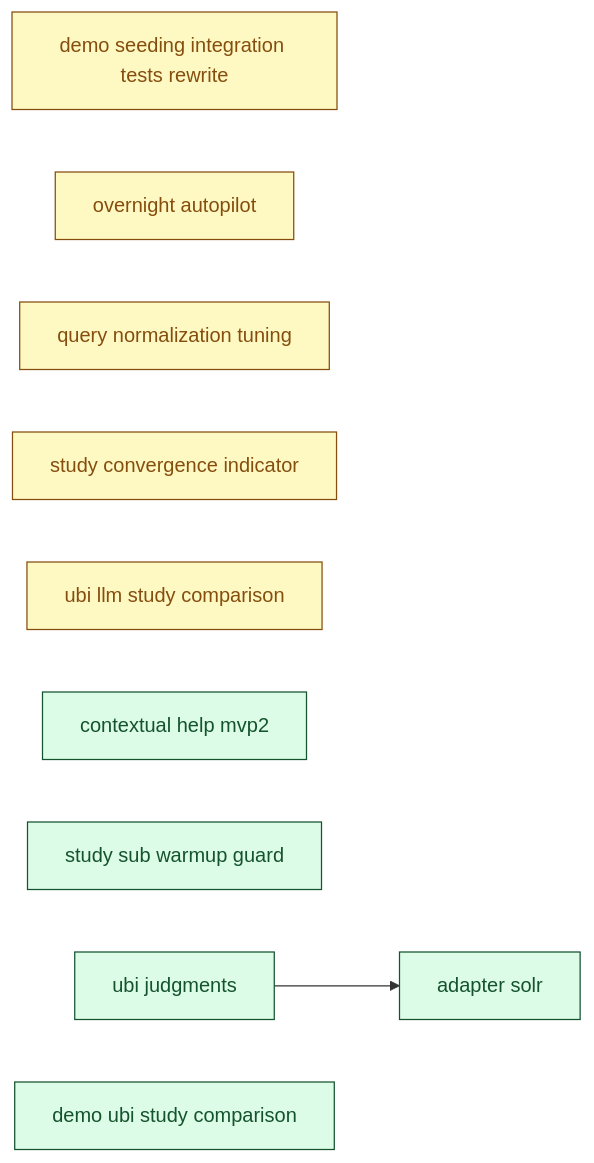
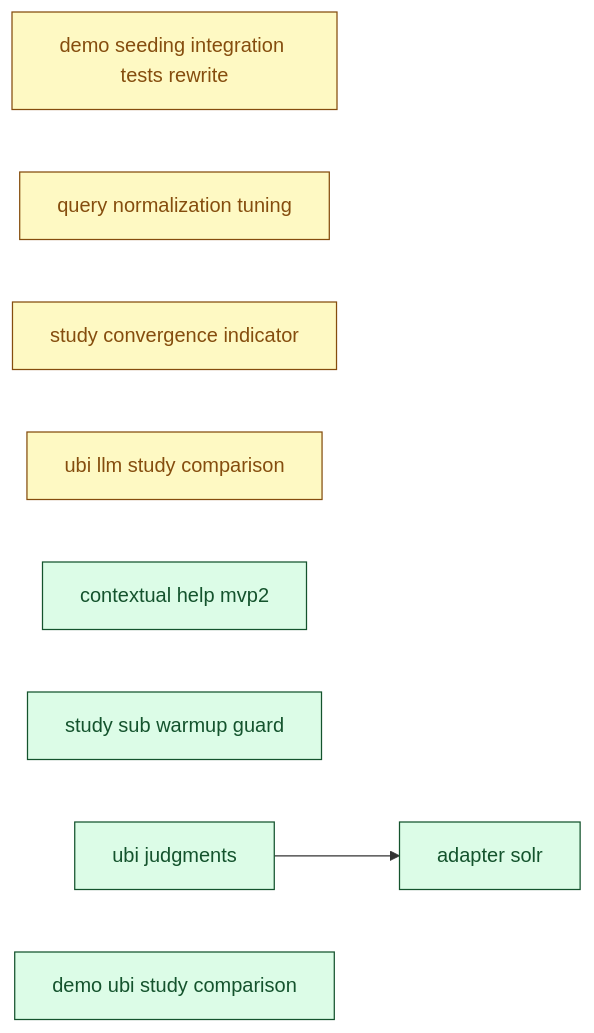
The diagram in docs/00_overview/MVP2_DASHBOARD.md (SoundMindsAI/relyloop), drawn with Mermaid before and after one commit. The commit also changed other lines of this file and 8 other files, not shown here.

First line of the commit message:
docs: finalize feat_overnight_autopilot — move to implemented, update state (#344)

````diff
--- a/docs/00_overview/MVP2_DASHBOARD.md
+++ b/docs/00_overview/MVP2_DASHBOARD.md
@@ -88,29 +87,27 @@
 ```mermaid
 graph LR
   classDef done fill:#dcfce7,stroke:#14532d,color:#14532d;
   classDef implement fill:#ffedd5,stroke:#9a3412,color:#9a3412;
   classDef plan fill:#fef9c3,stroke:#854d0e,color:#854d0e;
   classDef spec fill:#dbeafe,stroke:#1e40af,color:#1e40af;
   classDef idea fill:#f1f5f9,stroke:#334155,color:#334155;
   chore_demo_seeding_integration_tests_rewrite["demo seeding integration tests rewrite"]
   class chore_demo_seeding_integration_tests_rewrite plan;
-  feat_overnight_autopilot["overnight autopilot"]
-  class feat_overnight_autopilot plan;
   feat_query_normalization_tuning["query normalization tuning"]
   class feat_query_normalization_tuning plan;
   feat_study_convergence_indicator["study convergence indicator"]
   class feat_study_convergence_indicator plan;
   feat_ubi_llm_study_comparison["ubi llm study comparison"]
   class feat_ubi_llm_study_comparison plan;
   feat_contextual_help_mvp2["contextual help mvp2"]
   class feat_contextual_help_mvp2 done;
   feat_study_sub_warmup_guard["study sub warmup guard"]
   class feat_study_sub_warmup_guard done;
   feat_ubi_judgments["ubi judgments"]
   class feat_ubi_judgments done;
   feat_demo_ubi_study_comparison["demo ubi study comparison"]
   class feat_demo_ubi_study_comparison done;
   infra_adapter_solr["adapter solr"]
   class infra_adapter_solr done;
   feat_ubi_judgments --> infra_adapter_solr
 ```
````
